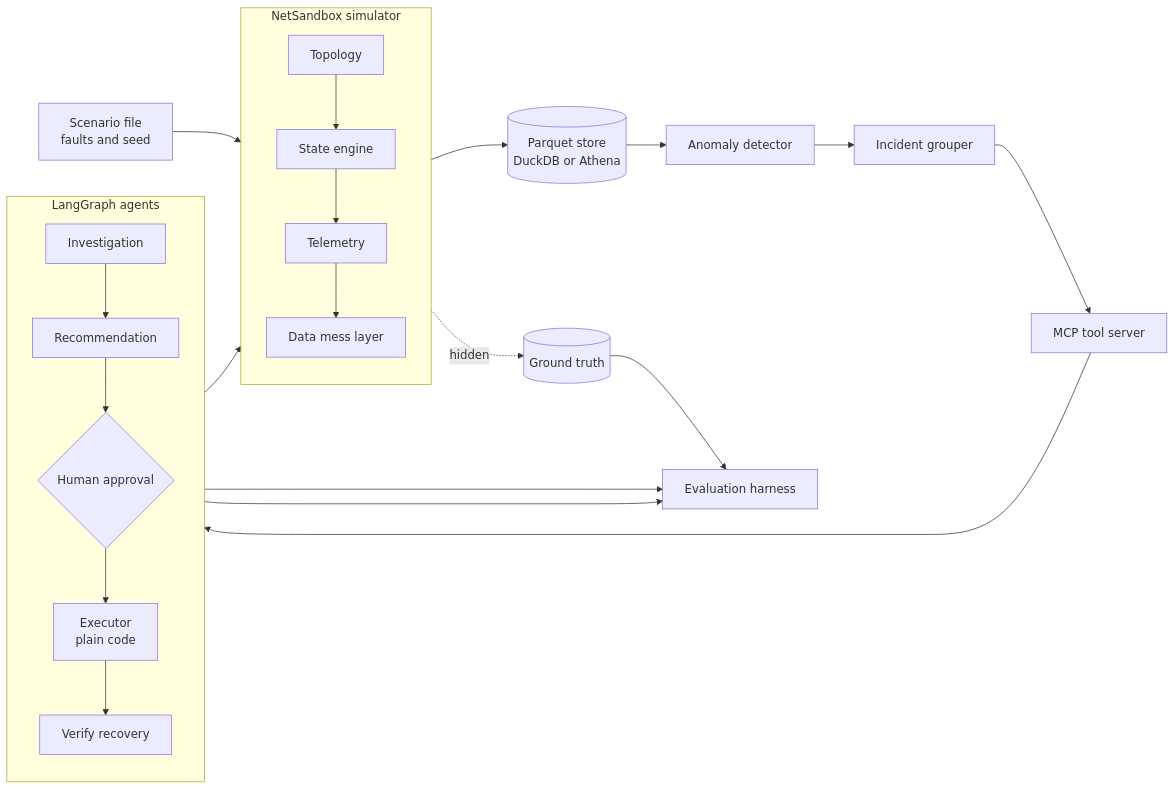
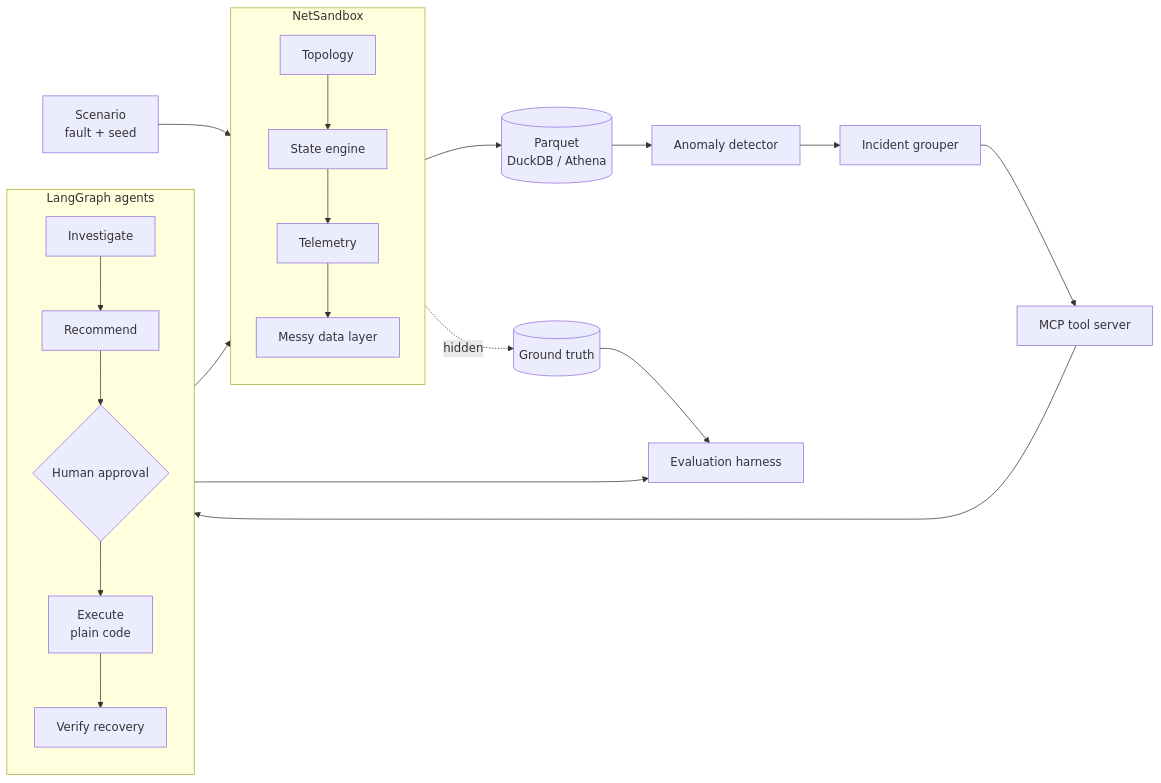
Before and after one commit to Reddy-kalwakolu/NetSleuth-Autonomous-Network-Investigation-Agents: the first of 3 diagrams in README.md, drawn with Mermaid. The commit also changed other lines of this file, not shown here.

````diff
--- a/README.md
+++ b/README.md
@@ -46,31 +59,30 @@
 ```mermaid
 flowchart LR
-    SC[Scenario file<br/>faults and seed] --> SIM
+    SC[Scenario<br/>fault + seed] --> SIM
 
-    subgraph SIM [NetSandbox simulator]
+    subgraph SIM [NetSandbox]
         direction TB
         TOP[Topology] --> ENG[State engine]
         ENG --> TEL[Telemetry]
-        TEL --> MESS[Data mess layer]
+        TEL --> MESS[Messy data layer]
     end
 
     ENG -. hidden .-> GT[(Ground truth)]
-    MESS --> STORE[(Parquet store<br/>DuckDB or Athena)]
+    MESS --> STORE[(Parquet<br/>DuckDB / Athena)]
     STORE --> DET[Anomaly detector]
     DET --> GRP[Incident grouper]
     GRP --> MCP[MCP tool server]
 
     subgraph AGENTS [LangGraph agents]
         direction TB
-        INV[Investigation] --> REC[Recommendation]
+        INV[Investigate] --> REC[Recommend]
         REC --> OK{Human approval}
-        OK --> EXE[Executor<br/>plain code]
+        OK --> EXE[Execute<br/>plain code]
         EXE --> VER[Verify recovery]
     end
 
     MCP --> INV
     EXE --> ENG
     GT --> EVAL[Evaluation harness]
     VER --> EVAL
-    INV --> EVAL
 ```
````
